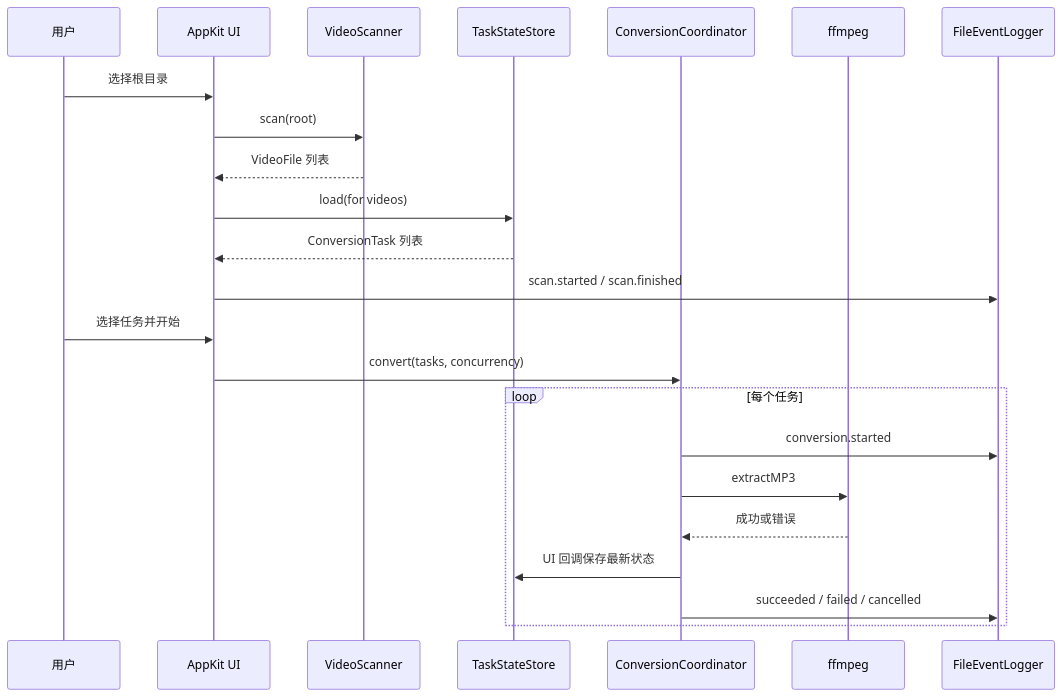
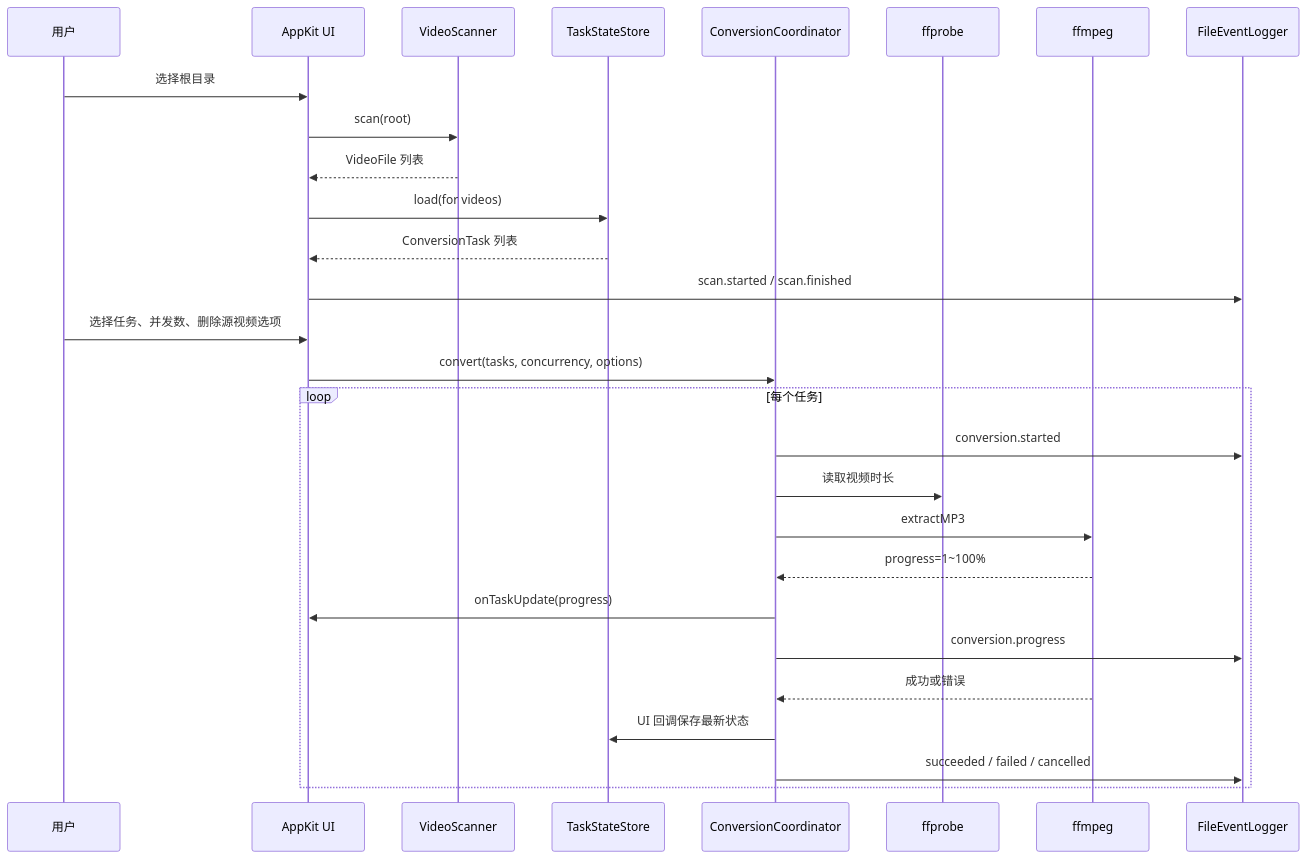
Before and after one commit to olojiang/convert_video_2_mp3: the third of 4 diagrams in local_docs/设计与实现说明.md, drawn with Mermaid. The commit also changed other lines of this file and 11 other files, not shown here.

````diff
--- a/local_docs/设计与实现说明.md
+++ b/local_docs/设计与实现说明.md
@@ -46,26 +48,31 @@
 ```mermaid
 sequenceDiagram
     participant User as 用户
     participant UI as AppKit UI
     participant Scanner as VideoScanner
     participant Store as TaskStateStore
     participant Queue as ConversionCoordinator
+    participant Probe as ffprobe
     participant FFmpeg as ffmpeg
     participant Log as FileEventLogger
 
     User->>UI: 选择根目录
     UI->>Scanner: scan(root)
     Scanner-->>UI: VideoFile 列表
     UI->>Store: load(for videos)
     Store-->>UI: ConversionTask 列表
     UI->>Log: scan.started / scan.finished
-    User->>UI: 选择任务并开始
-    UI->>Queue: convert(tasks, concurrency)
+    User->>UI: 选择任务、并发数、删除源视频选项
+    UI->>Queue: convert(tasks, concurrency, options)
     loop 每个任务
         Queue->>Log: conversion.started
+        Queue->>Probe: 读取视频时长
         Queue->>FFmpeg: extractMP3
+        FFmpeg-->>Queue: progress=1~100%
+        Queue->>UI: onTaskUpdate(progress)
+        Queue->>Log: conversion.progress
         FFmpeg-->>Queue: 成功或错误
         Queue->>Store: UI 回调保存最新状态
         Queue->>Log: succeeded / failed / cancelled
     end
 ```
````
